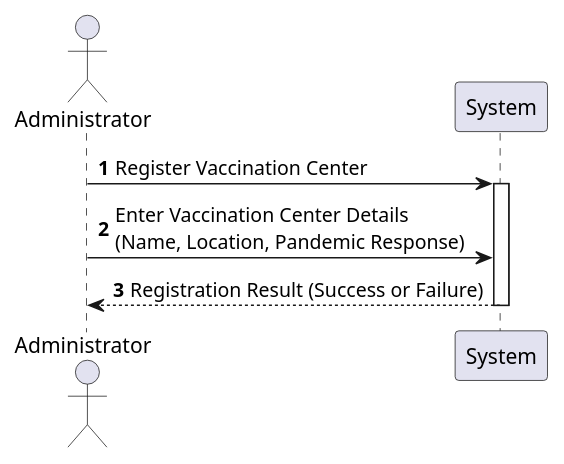
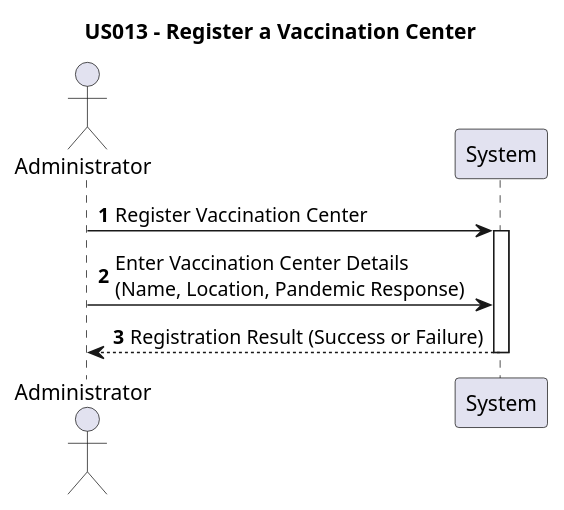
One commit to tbarracha/upskill-pds-software-development-project-Tiago changed the diagram in src/doc/global/User Stories/US013/US013.puml. Above: the diagram before and after it, drawn with PlantUML. The commit also changed 12 other files, not shown here.

```diff
--- a/src/doc/global/User Stories/US013/US013.puml
+++ b/src/doc/global/User Stories/US013/US013.puml
@@ -1,15 +1,16 @@
 @startuml
+title US013 - Register a Vaccination Center
 autonumber
 actor Administrator as Admin
 
 Admin -> System: Register Vaccination Center
 activate System
 
 ' Administrator provides details for the vaccination center
 Admin -> System: Enter Vaccination Center Details\n(Name, Location, Pandemic Response)
 
 ' System processes the request and confirms the registration
 System --> Admin: Registration Result (Success or Failure)
 
 deactivate System
 @enduml
```
